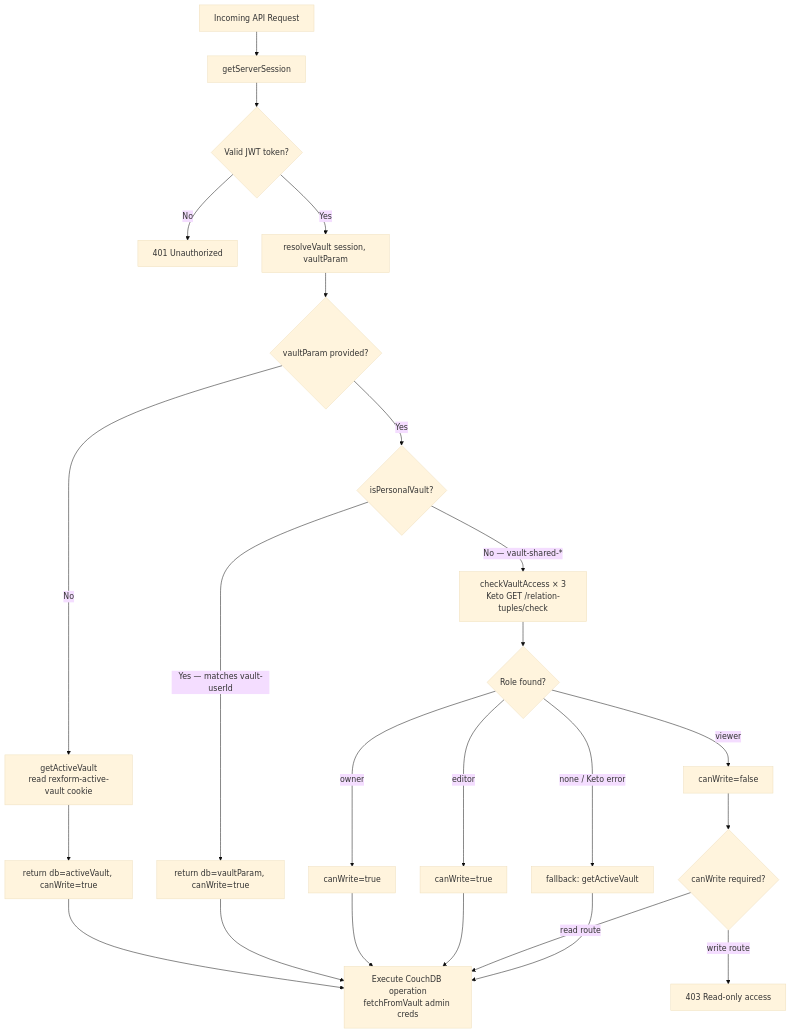
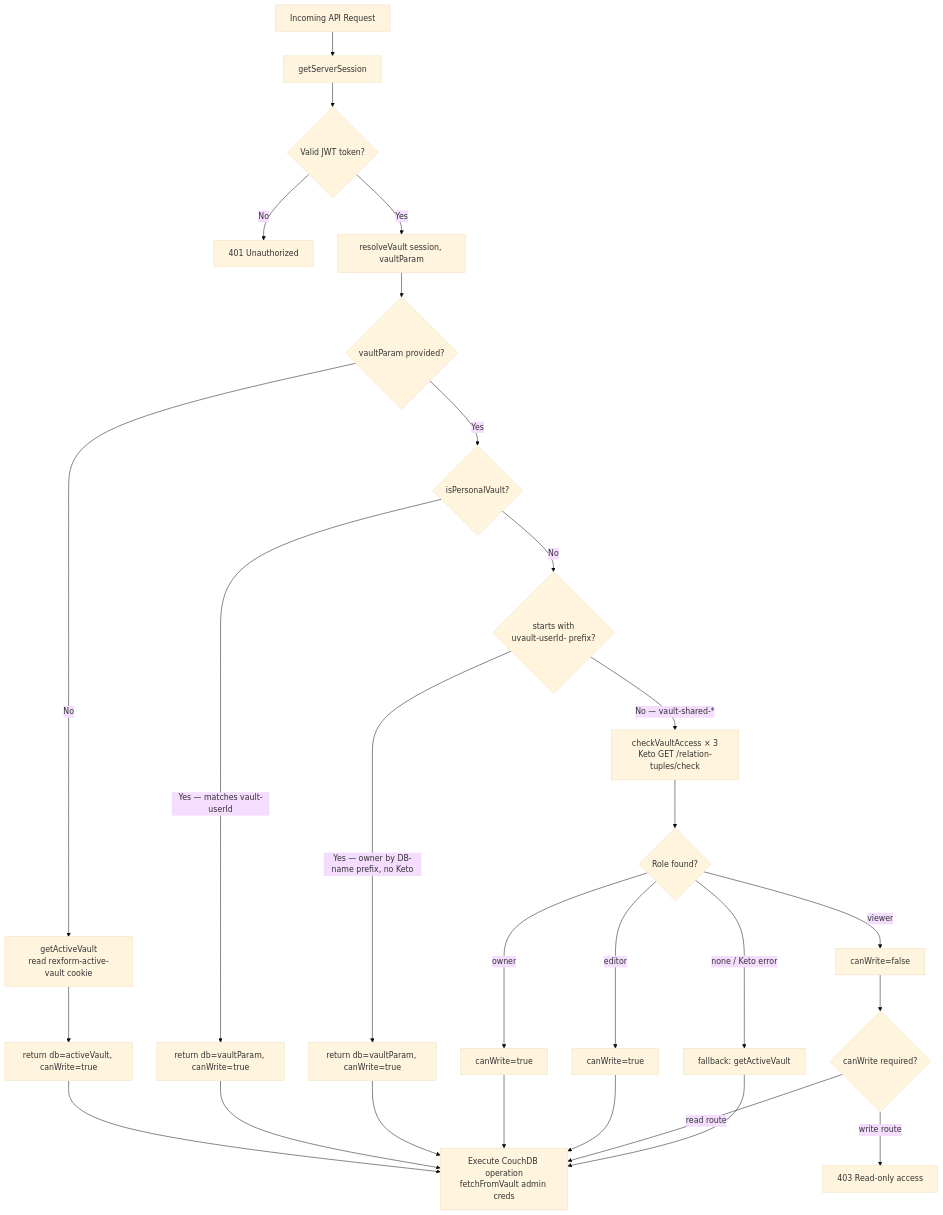
One commit to obviouslynotdim/rexform-obsidian changed the sixth of 6 diagrams in docs/architecture.md. Above: the diagram before and after it, drawn with Mermaid (base theme). The commit also changed other lines of this file and 14 other files, not shown here.

````diff
--- a/docs/architecture.md
+++ b/docs/architecture.md
@@ -135,30 +174,34 @@
 ```mermaid
 flowchart TD
     REQ[Incoming API Request] --> GS[getServerSession]
     GS --> TK{Valid JWT token?}
     TK -->|No| E401[401 Unauthorized]
     TK -->|Yes| RV[resolveVault session, vaultParam]
 
     RV --> VP{vaultParam provided?}
     VP -->|No| CV[getActiveVault\nread rexform-active-vault cookie]
     CV --> RET1[return db=activeVault, canWrite=true]
 
     VP -->|Yes| PV{isPersonalVault?}
     PV -->|Yes — matches vault-userId| RET2[return db=vaultParam, canWrite=true]
 
-    PV -->|No — vault-shared-*| KETO[checkVaultAccess × 3\nKeto GET /relation-tuples/check]
+    PV -->|No| UVP{starts with\nuvault-userId- prefix?}
+    UVP -->|Yes — owner by DB-name prefix, no Keto| RET2B[return db=vaultParam, canWrite=true]
+
+    UVP -->|No — vault-shared-*| KETO[checkVaultAccess × 3\nKeto GET /relation-tuples/check]
     KETO --> KR{Role found?}
     KR -->|owner| RET3[canWrite=true]
     KR -->|editor| RET4[canWrite=true]
     KR -->|viewer| RET5[canWrite=false]
     KR -->|none / Keto error| FB[fallback: getActiveVault]
 
     RET1 --> EXEC[Execute CouchDB operation\nfetchFromVault admin creds]
     RET2 --> EXEC
+    RET2B --> EXEC
     RET3 --> EXEC
     RET4 --> EXEC
     RET5 --> CW{canWrite required?}
     CW -->|write route| E403[403 Read-only access]
     CW -->|read route| EXEC
     FB --> EXEC
 ```
````
